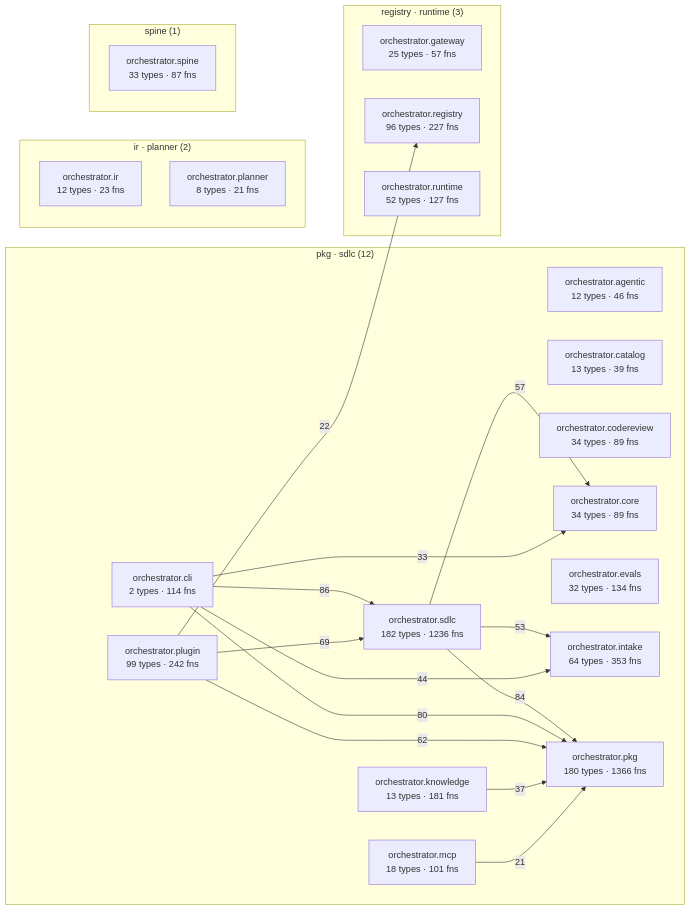
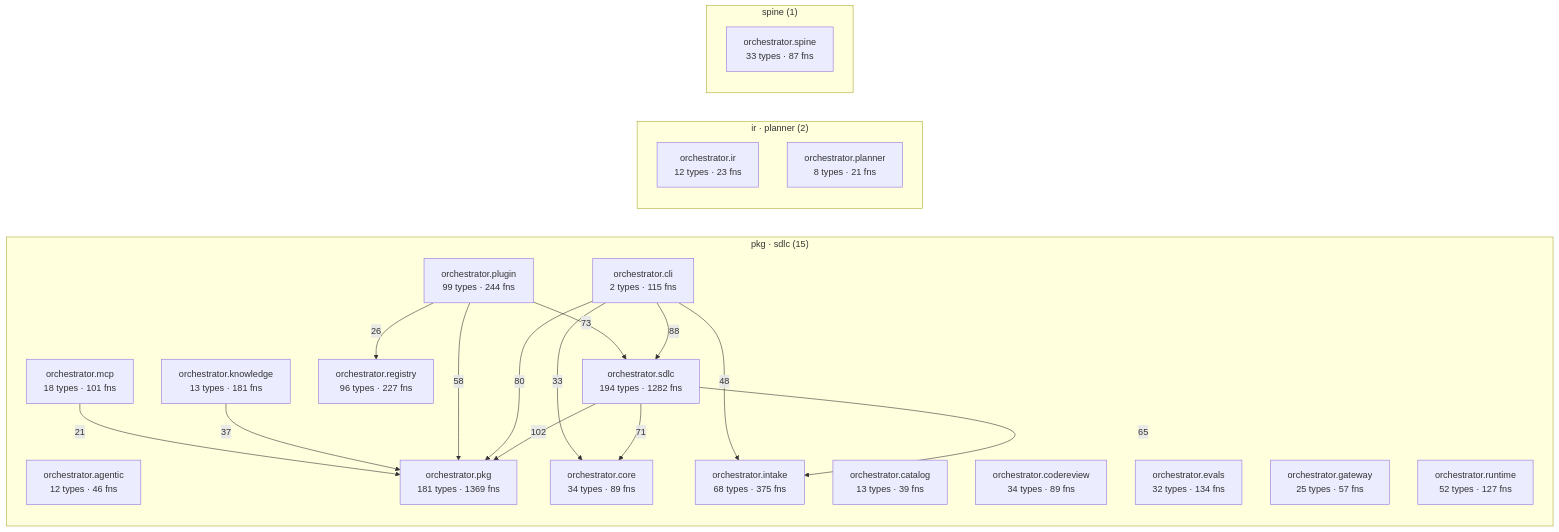
Before and after one commit to synaptixs/spine: the diagram in episteme/architecture.md, drawn with Mermaid. The commit also changed other lines of this file and 30 other files, not shown here.

````diff
--- a/episteme/architecture.md
+++ b/episteme/architecture.md
@@ -56,41 +56,39 @@
 ```mermaid
 flowchart LR
-  subgraph c_2["pkg · sdlc (12)"]
+  subgraph c_2["pkg · sdlc (15)"]
     aorchestratoragentic["orchestrator.agentic<br/>12 types · 46 fns"]
     aorchestratorcatalog["orchestrator.catalog<br/>13 types · 39 fns"]
-    aorchestratorcli["orchestrator.cli<br/>2 types · 114 fns"]
+    aorchestratorcli["orchestrator.cli<br/>2 types · 115 fns"]
     aorchestratorcodereview["orchestrator.codereview<br/>34 types · 89 fns"]
     aorchestratorcore["orchestrator.core<br/>34 types · 89 fns"]
     aorchestratorevals["orchestrator.evals<br/>32 types · 134 fns"]
-    aorchestratorintake["orchestrator.intake<br/>64 types · 353 fns"]
+    aorchestratorgateway["orchestrator.gateway<br/>25 types · 57 fns"]
+    aorchestratorintake["orchestrator.intake<br/>68 types · 375 fns"]
     aorchestratorknowledge["orchestrator.knowledge<br/>13 types · 181 fns"]
     aorchestratormcp["orchestrator.mcp<br/>18 types · 101 fns"]
-    aorchestratorpkg["orchestrator.pkg<br/>180 types · 1366 fns"]
-    aorchestratorplugin["orchestrator.plugin<br/>99 types · 242 fns"]
-    aorchestratorsdlc["orchestrator.sdlc<br/>182 types · 1236 fns"]
-  end
-  subgraph c_5["registry · runtime (3)"]
-    aorchestratorgateway["orchestrator.gateway<br/>25 types · 57 fns"]
+    aorchestratorpkg["orchestrator.pkg<br/>181 types · 1369 fns"]
+    aorchestratorplugin["orchestrator.plugin<br/>99 types · 244 fns"]
     aorchestratorregistry["orchestrator.registry<br/>96 types · 227 fns"]
     aorchestratorruntime["orchestrator.runtime<br/>52 types · 127 fns"]
+    aorchestratorsdlc["orchestrator.sdlc<br/>194 types · 1282 fns"]
   end
-  subgraph c_7["ir · planner (2)"]
+  subgraph c_6["ir · planner (2)"]
     aorchestratorir["orchestrator.ir<br/>12 types · 23 fns"]
     aorchestratorplanner["orchestrator.planner<br/>8 types · 21 fns"]
   end
-  subgraph c_12["spine (1)"]
+  subgraph c_11["spine (1)"]
     aorchestratorspine["orchestrator.spine<br/>33 types · 87 fns"]
   end
-  aorchestratorcli -->|86| aorchestratorsdlc
-  aorchestratorsdlc -->|84| aorchestratorpkg
+  aorchestratorsdlc -->|102| aorchestratorpkg
+  aorchestratorcli -->|88| aorchestratorsdlc
   aorchestratorcli -->|80| aorchestratorpkg
-  aorchestratorplugin -->|69| aorchestratorsdlc
-  aorchestratorplugin -->|62| aorchestratorpkg
-  aorchestratorsdlc -->|57| aorchestratorcore
-  aorchestratorsdlc -->|53| aorchestratorintake
-  aorchestratorcli -->|44| aorchestratorintake
+  aorchestratorplugin -->|73| aorchestratorsdlc
+  aorchestratorsdlc -->|71| aorchestratorcore
+  aorchestratorsdlc -->|65| aorchestratorintake
+  aorchestratorplugin -->|58| aorchestratorpkg
+  aorchestratorcli -->|48| aorchestratorintake
   aorchestratorknowledge -->|37| aorchestratorpkg
   aorchestratorcli -->|33| aorchestratorcore
-  aorchestratorplugin -->|22| aorchestratorregistry
+  aorchestratorplugin -->|26| aorchestratorregistry
   aorchestratormcp -->|21| aorchestratorpkg
 ```
````
